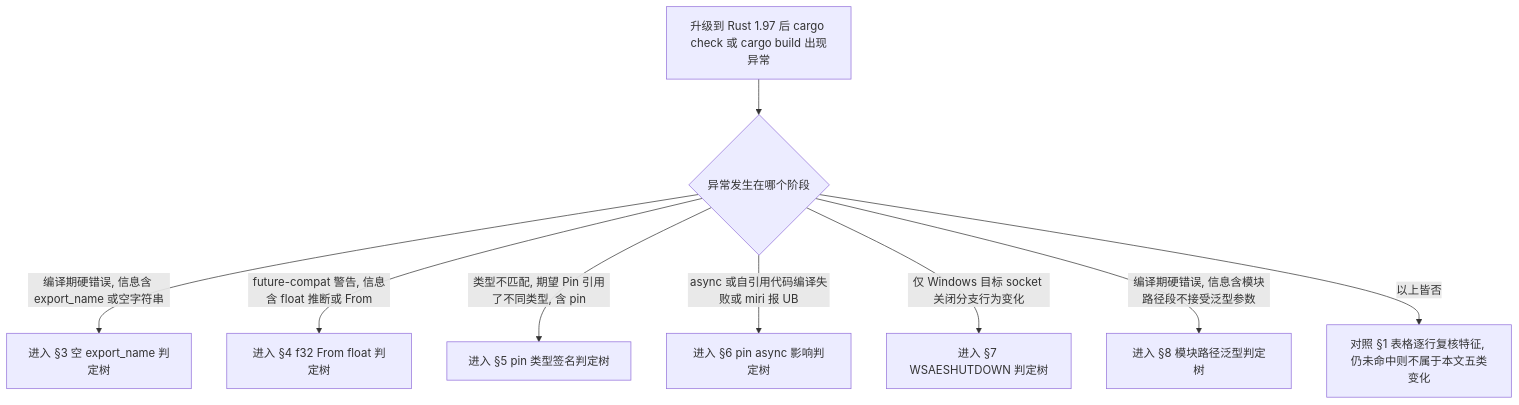
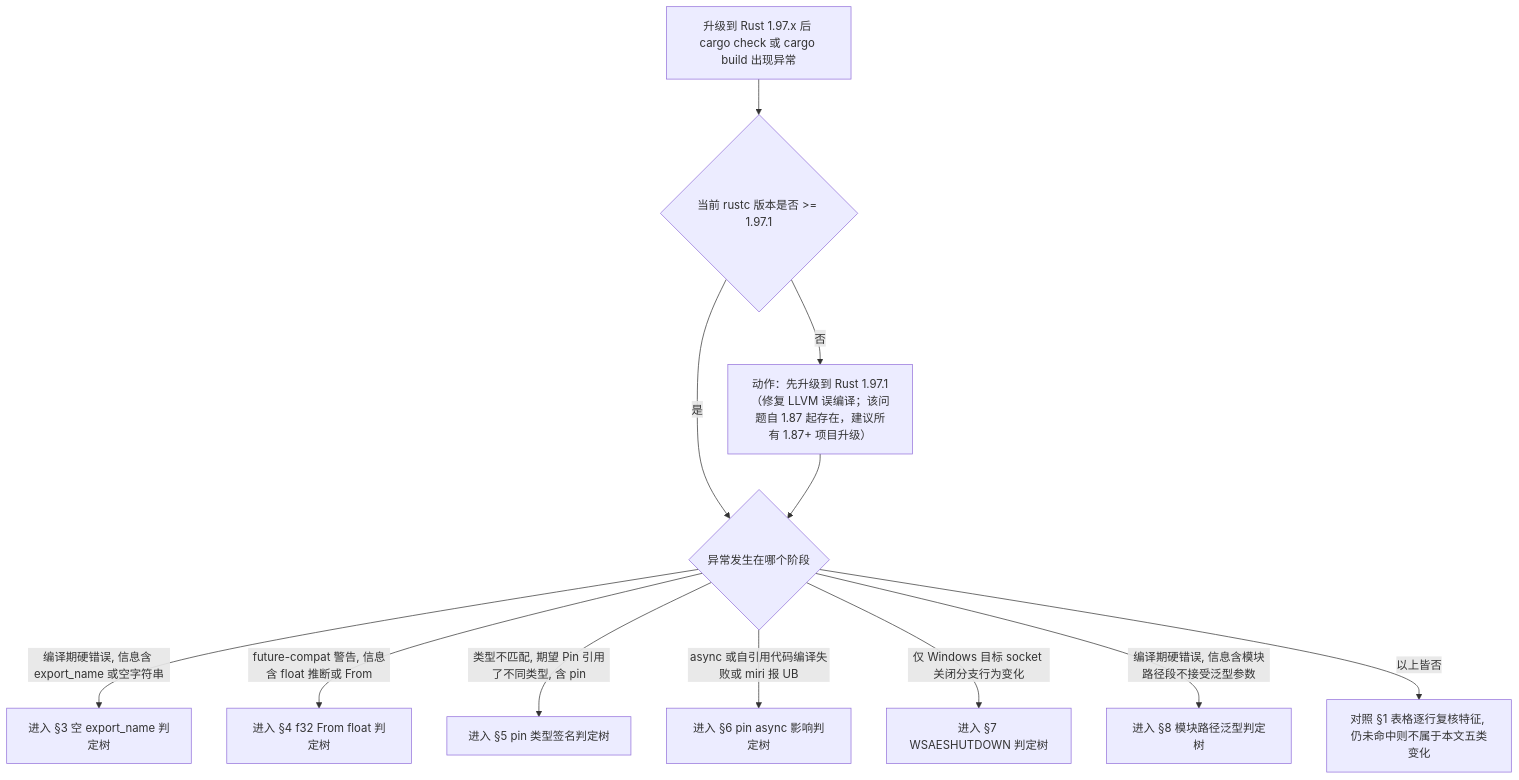
The first of 8 diagrams in concept/07_future/00_version_tracking/migration_197_decision_tree.md (martin-ly/rust-lang), drawn with Mermaid before and after one commit. The commit also changed other lines of this file and 37 other files, not shown here.

````diff
--- a/concept/07_future/00_version_tracking/migration_197_decision_tree.md
+++ b/concept/07_future/00_version_tracking/migration_197_decision_tree.md
@@ -63,11 +70,14 @@
 ```mermaid
 flowchart TD
-    START["升级到 Rust 1.97 后 cargo check 或 cargo build 出现异常"] --> Q1{"异常发生在哪个阶段"}
+    START["升级到 Rust 1.97.x 后 cargo check 或 cargo build 出现异常"] --> Q0{"当前 rustc 版本是否 >= 1.97.1"}
+    Q0 -->|否| UP["动作：先升级到 Rust 1.97.1（修复 LLVM 误编译；该问题自 1.87 起存在，建议所有 1.87+ 项目升级）"]
+    Q0 -->|是| Q1{"异常发生在哪个阶段"}
     Q1 -->|编译期硬错误, 信息含 export_name 或空字符串| R1["进入 §3 空 export_name 判定树"]
     Q1 -->|future-compat 警告, 信息含 float 推断或 From| R2["进入 §4 f32 From float 判定树"]
     Q1 -->|类型不匹配, 期望 Pin 引用了不同类型, 含 pin| R3["进入 §5 pin 类型签名判定树"]
     Q1 -->|async 或自引用代码编译失败或 miri 报 UB| R4["进入 §6 pin async 影响判定树"]
     Q1 -->|仅 Windows 目标 socket 关闭分支行为变化| R5["进入 §7 WSAESHUTDOWN 判定树"]
     Q1 -->|编译期硬错误, 信息含模块路径段不接受泛型参数| R6["进入 §8 模块路径泛型判定树"]
     Q1 -->|以上皆否| R7["对照 §1 表格逐行复核特征, 仍未命中则不属于本文五类变化"]
+    UP --> Q1
 ```
````
